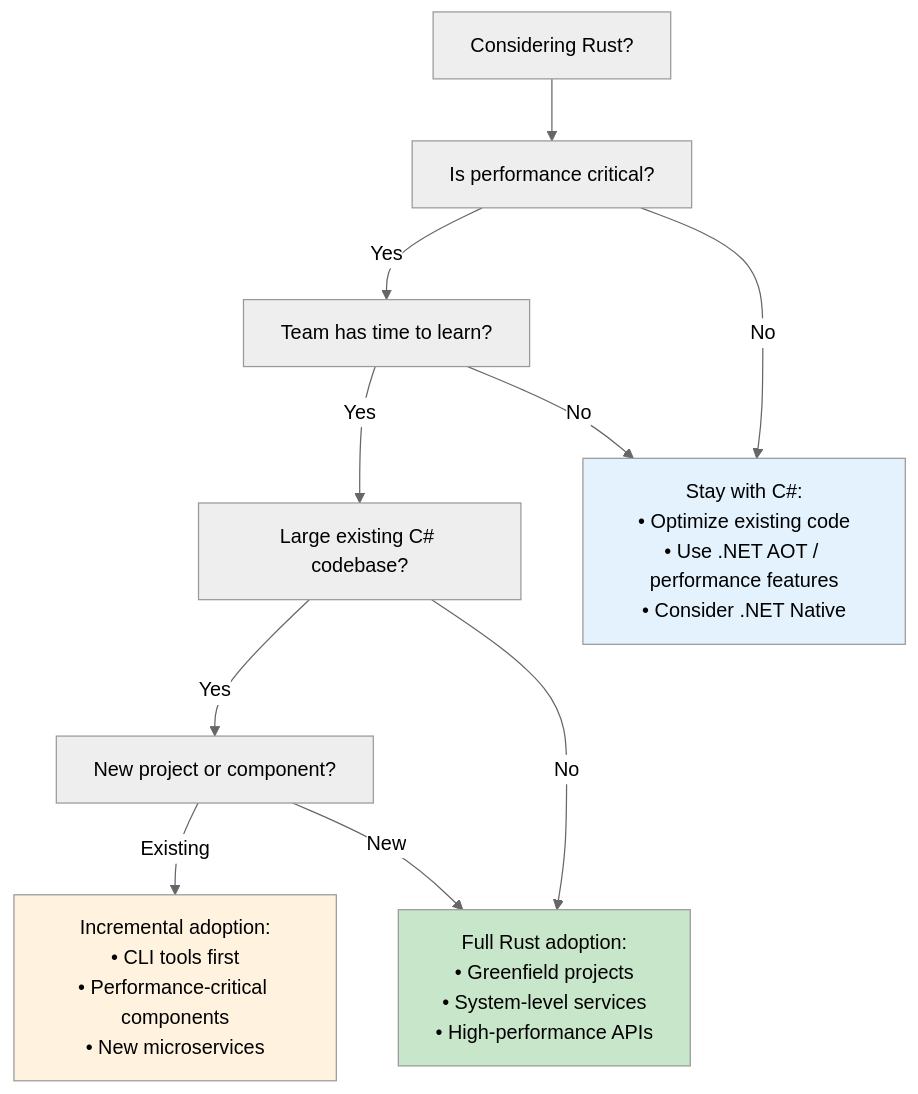
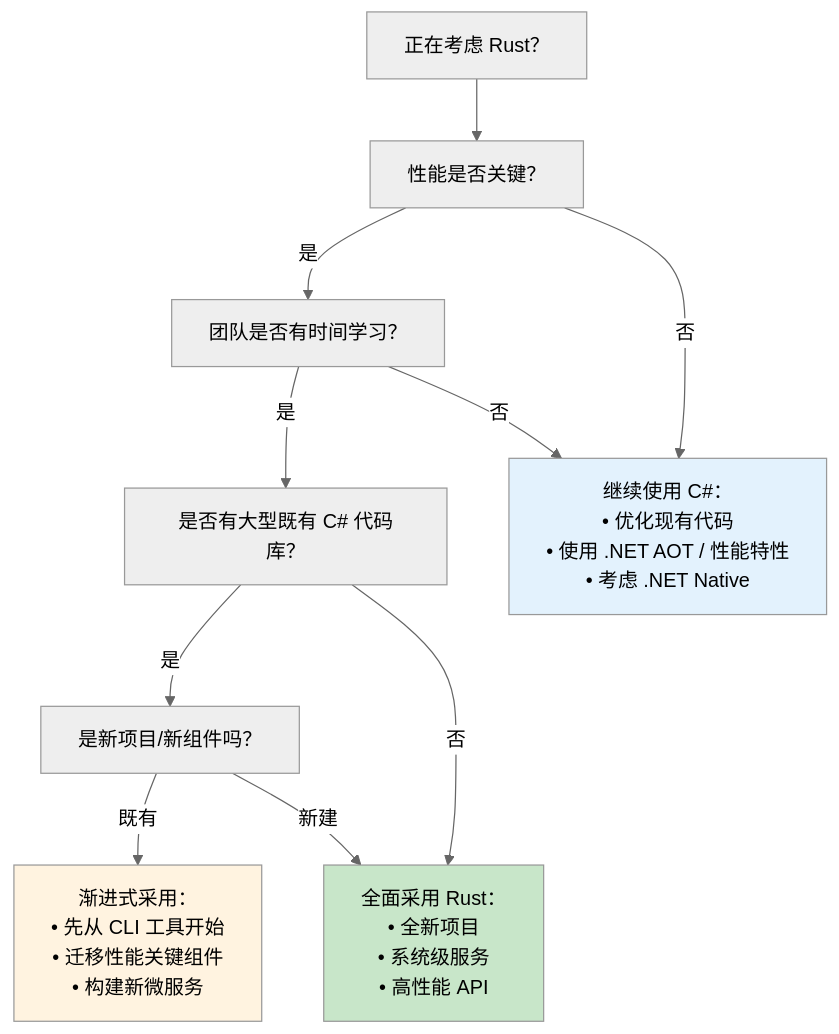
One commit to xiaofengoop/rust-for-csharp-programmers-zh-cn changed the diagram in zh-cn/csharp-book/src/ch16-1-performance-comparison-and-migration.md. Above: the diagram before and after it, drawn with Mermaid (neutral theme). The commit also changed other lines of this file and 38 other files, not shown here.

````diff
--- a/zh-cn/csharp-book/src/ch16-1-performance-comparison-and-migration.md
+++ b/zh-cn/csharp-book/src/ch16-1-performance-comparison-and-migration.md
@@ -150,31 +151,31 @@
 ```mermaid
 graph TD
-    START["Considering Rust?"]
-    PERFORMANCE["Is performance critical?"]
-    TEAM["Team has time to learn?"]
-    EXISTING["Large existing C# codebase?"]
-    NEW_PROJECT["New project or component?"]
+    START["正在考虑 Rust？"]
+    PERFORMANCE["性能是否关键？"]
+    TEAM["团队是否有时间学习？"]
+    EXISTING["是否有大型既有 C# 代码库？"]
+    NEW_PROJECT["是新项目/新组件吗？"]
     
-    INCREMENTAL["Incremental adoption:<br/>• CLI tools first<br/>• Performance-critical components<br/>• New microservices"]
+    INCREMENTAL["渐进式采用：<br/>• 先从 CLI 工具开始<br/>• 迁移性能关键组件<br/>• 构建新微服务"]
     
-    FULL_RUST["Full Rust adoption:<br/>• Greenfield projects<br/>• System-level services<br/>• High-performance APIs"]
+    FULL_RUST["全面采用 Rust：<br/>• 全新项目<br/>• 系统级服务<br/>• 高性能 API"]
     
-    STAY_CSHARP["Stay with C#:<br/>• Optimize existing code<br/>• Use .NET AOT / performance features<br/>• Consider .NET Native"]
+    STAY_CSHARP["继续使用 C#：<br/>• 优化现有代码<br/>• 使用 .NET AOT / 性能特性<br/>• 考虑 .NET Native"]
     
     START --> PERFORMANCE
-    PERFORMANCE -->|Yes| TEAM
-    PERFORMANCE -->|No| STAY_CSHARP
+    PERFORMANCE -->|是| TEAM
+    PERFORMANCE -->|否| STAY_CSHARP
     
-    TEAM -->|Yes| EXISTING
-    TEAM -->|No| STAY_CSHARP
+    TEAM -->|是| EXISTING
+    TEAM -->|否| STAY_CSHARP
     
-    EXISTING -->|Yes| NEW_PROJECT
-    EXISTING -->|No| FULL_RUST
+    EXISTING -->|是| NEW_PROJECT
+    EXISTING -->|否| FULL_RUST
     
-    NEW_PROJECT -->|New| FULL_RUST
-    NEW_PROJECT -->|Existing| INCREMENTAL
+    NEW_PROJECT -->|新建| FULL_RUST
+    NEW_PROJECT -->|既有| INCREMENTAL
     
     style FULL_RUST fill:#c8e6c9,color:#000
     style INCREMENTAL fill:#fff3e0,color:#000
     style STAY_CSHARP fill:#e3f2fd,color:#000
 ```
````
